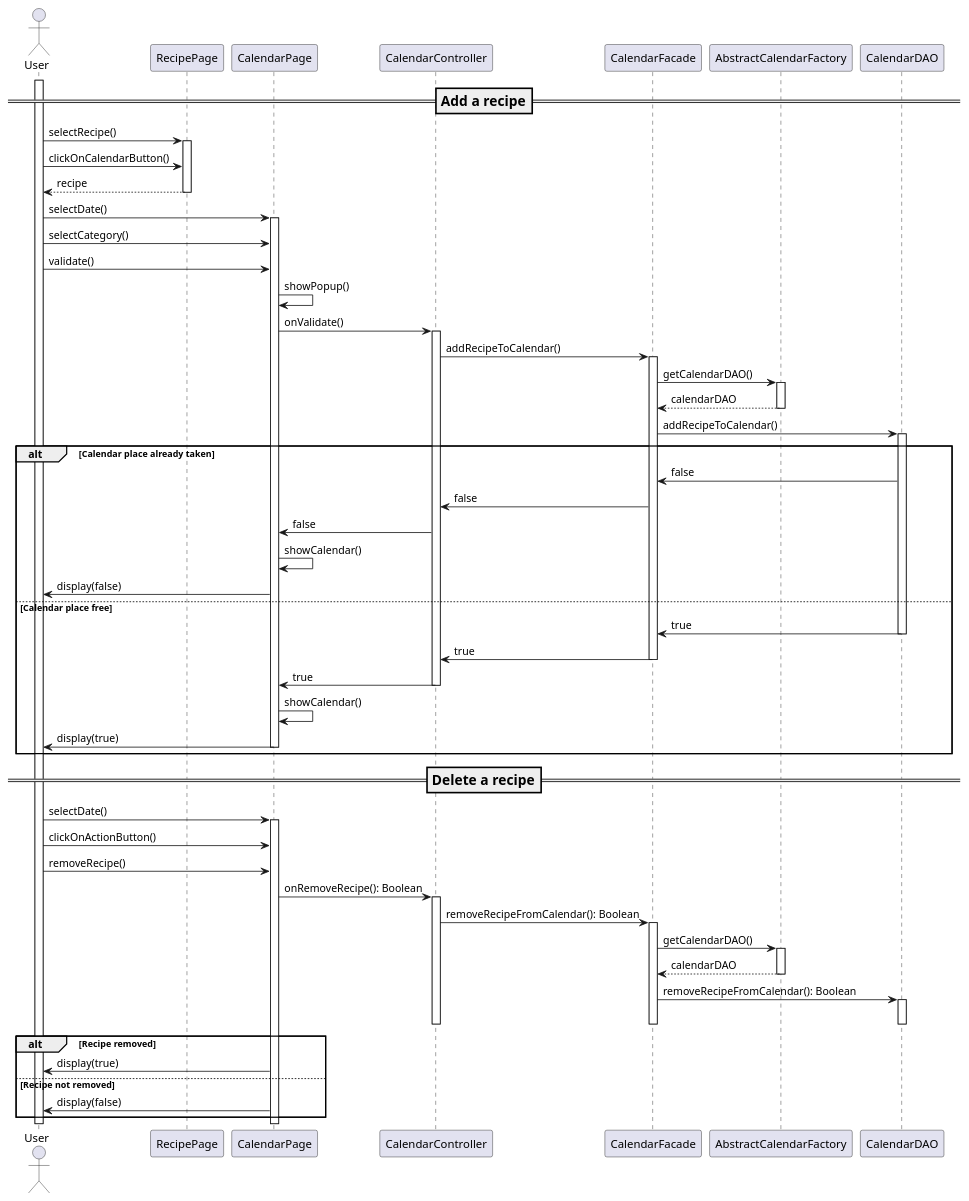
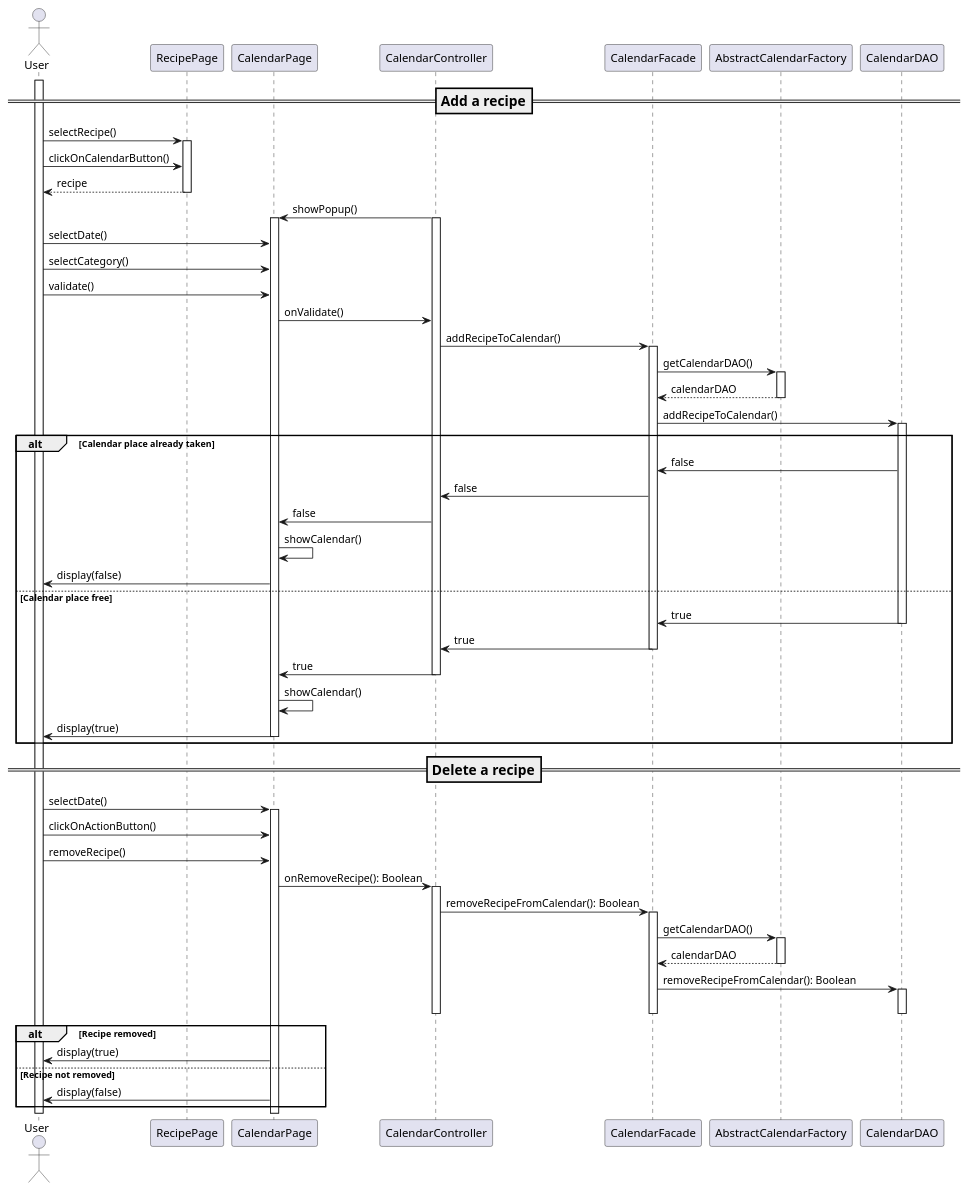
Before and after one commit to iusildra/WineCellar: the first of 2 diagrams in doc/reports/final/calendar.plantuml, drawn with PlantUML. The commit also changed other lines of this file, not shown here.

Commit message:
Removed calendarPage class

```diff
--- a/doc/reports/final/calendar.plantuml
+++ b/doc/reports/final/calendar.plantuml
@@ -1,56 +1,57 @@
 @startuml calendarSequence
 skinparam responseMessageBelowArrow true
 
 actor User
 participant RecipePage
 participant CalendarPage
 participant CalendarController
 participant CalendarFacade
 participant AbstractCalendarFactory
 participant CalendarDAO
 
 === Add a recipe ==
 activate User
 User -> RecipePage++: selectRecipe()
 User -> RecipePage: clickOnCalendarButton()
 return recipe
-User -> CalendarPage++: selectDate()
+CalendarController -> CalendarPage++: showPopup()
+activate CalendarController
+User -> CalendarPage: selectDate()
 User -> CalendarPage: selectCategory()
 User -> CalendarPage: validate()
-CalendarPage -> CalendarPage: showPopup()
-CalendarPage -> CalendarController++: onValidate()
+CalendarPage -> CalendarController: onValidate()
 CalendarController -> CalendarFacade++: addRecipeToCalendar()
 CalendarFacade -> AbstractCalendarFactory++: getCalendarDAO()
 return calendarDAO
 CalendarFacade -> CalendarDAO++: addRecipeToCalendar()
 alt Calendar place already taken
 CalendarDAO -> CalendarFacade: false
 CalendarFacade -> CalendarController: false
 CalendarController -> CalendarPage: false
 CalendarPage -> CalendarPage: showCalendar()
 CalendarPage -> User: display(false)
 else Calendar place free
 CalendarDAO -> CalendarFacade--: true
 CalendarFacade -> CalendarController--: true
 CalendarController -> CalendarPage--: true
 CalendarPage -> CalendarPage: showCalendar()
 CalendarPage -> User--: display(true)
 end
 === Delete a recipe ==
 User -> CalendarPage++: selectDate()
 User -> CalendarPage: clickOnActionButton()
 User -> CalendarPage: removeRecipe()
 CalendarPage -> CalendarController++: onRemoveRecipe(): Boolean
 CalendarController -> CalendarFacade++: removeRecipeFromCalendar(): Boolean
 CalendarFacade -> AbstractCalendarFactory++: getCalendarDAO()
 return calendarDAO
 CalendarFacade -> CalendarDAO++: removeRecipeFromCalendar(): Boolean
 deactivate CalendarDAO
 deactivate CalendarFacade
 deactivate CalendarController
 alt Recipe removed
 CalendarPage -> User: display(true)
 else Recipe not removed
 CalendarPage -> User: display(false)
 end
 @enduml
```
